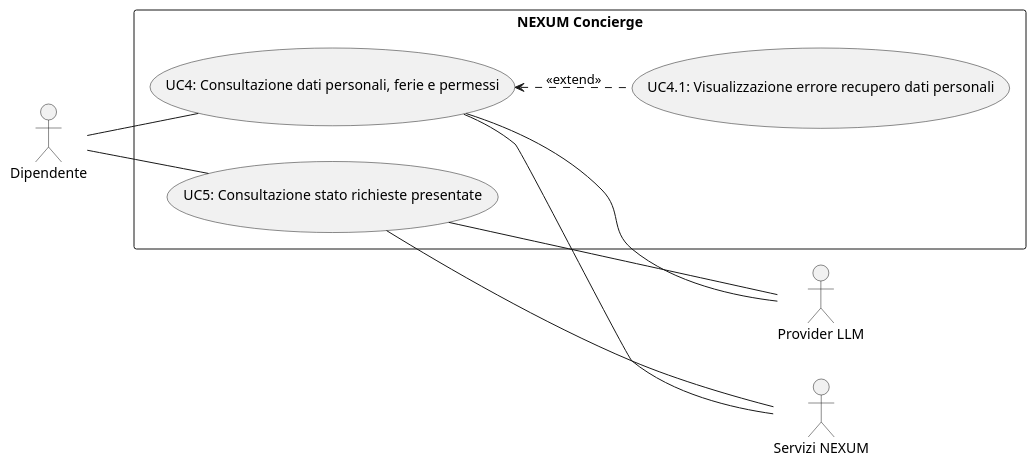
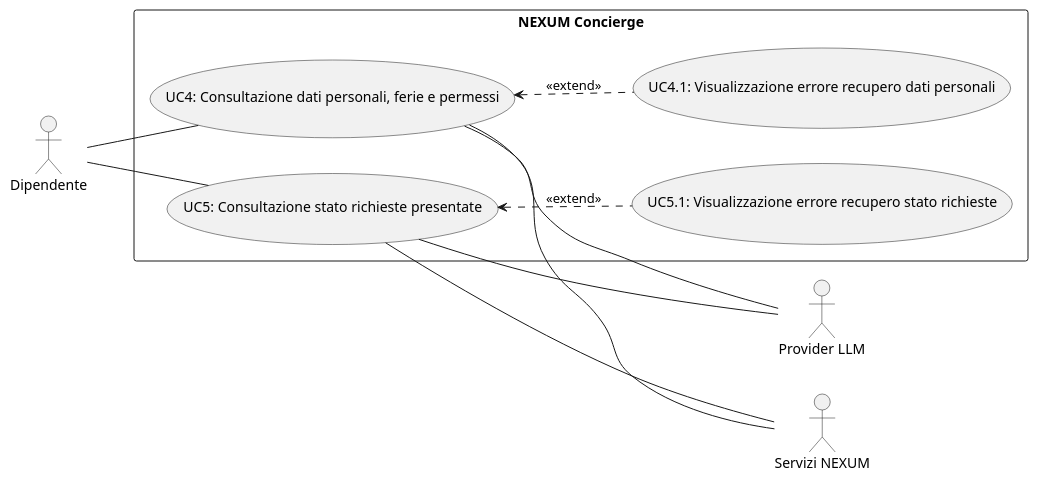
Before and after one commit to RickandCommit/Documentazione: the diagram in RTB/Analisi_dei_Requisiti/Casi_Uso/macroarea3.puml, drawn with PlantUML. The commit also changed 7 other files, not shown here.

```diff
--- a/RTB/Analisi_dei_Requisiti/Casi_Uso/macroarea3.puml
+++ b/RTB/Analisi_dei_Requisiti/Casi_Uso/macroarea3.puml
@@ -1,23 +1,25 @@
 @startuml macroarea3
 left to right direction
 
 actor "Dipendente" as dp
 actor "Provider LLM" as llm
 actor "Servizi NEXUM" as nexum
 
 rectangle "NEXUM Concierge" {
     usecase "UC4: Consultazione dati personali, ferie e permessi" as UC4
     usecase "UC4.1: Visualizzazione errore recupero dati personali" as UC4_1
     usecase "UC5: Consultazione stato richieste presentate" as UC5
+    usecase "UC5.1: Visualizzazione errore recupero stato richieste" as UC5_1
 }
 
 dp -- UC4
 UC4 -- llm
 UC4 -- nexum
 UC4 <.. UC4_1 : <<extend>>
 
 dp -- UC5
 UC5 -- llm
 UC5 -- nexum
+UC5 <.. UC5_1 : <<extend>>
 
 @enduml
```
